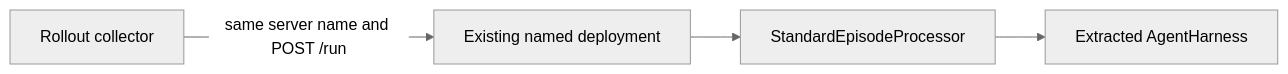
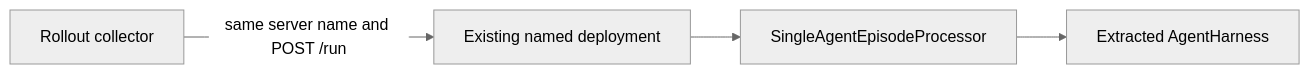
Before and after one commit to ananthsub/Gym: the fourth of 13 diagrams in investigations/episode-orchestration-design.md, drawn with Mermaid (neutral theme). The commit also changed other lines of this file and 3 other files, not shown here.

Commit message:
docs(investigations): rebuild episode architecture proposal

````diff
--- a/investigations/episode-orchestration-design.md
+++ b/investigations/episode-orchestration-design.md
@@ -102,6 +192,6 @@
 ```mermaid
 flowchart LR
     TransitionCollector["Rollout collector"] -->|"same server name and POST /run"| ExistingDeployment["Existing named deployment"]
-    ExistingDeployment --> TransitionProcessor["StandardEpisodeProcessor"]
+    ExistingDeployment --> TransitionProcessor["SingleAgentEpisodeProcessor"]
     TransitionProcessor --> ExtractedHarness["Extracted AgentHarness"]
 ```
````
